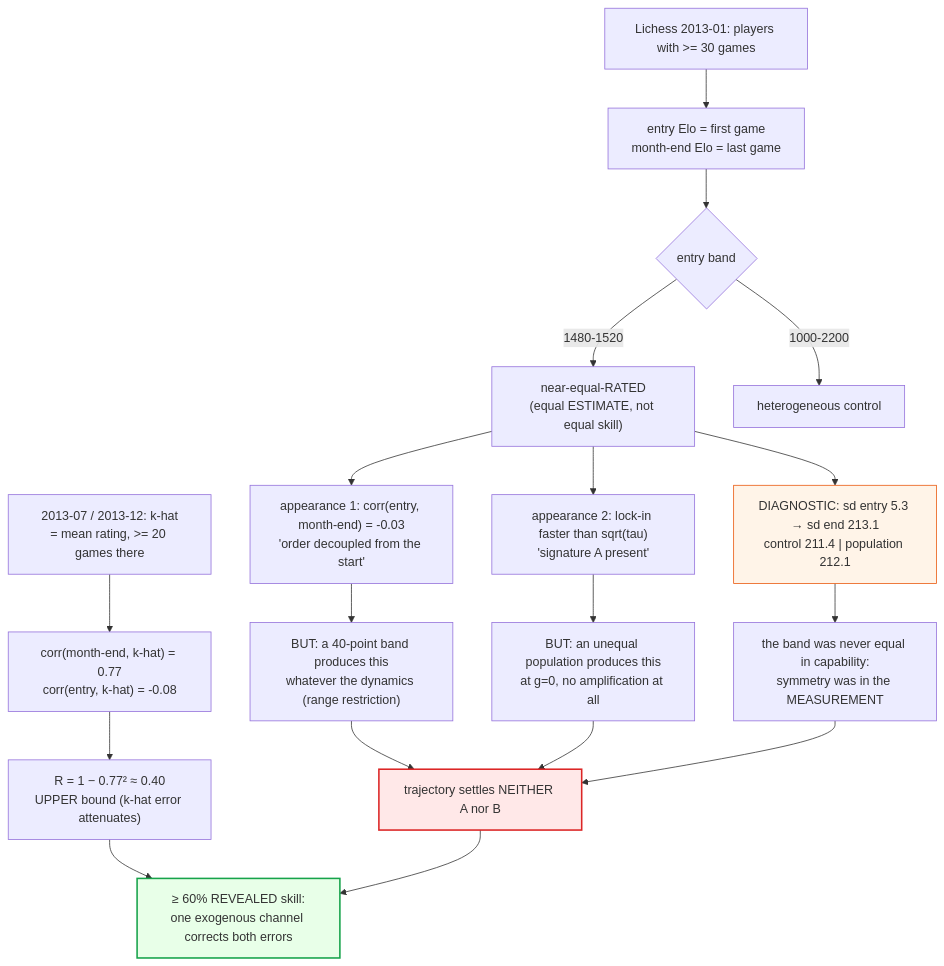
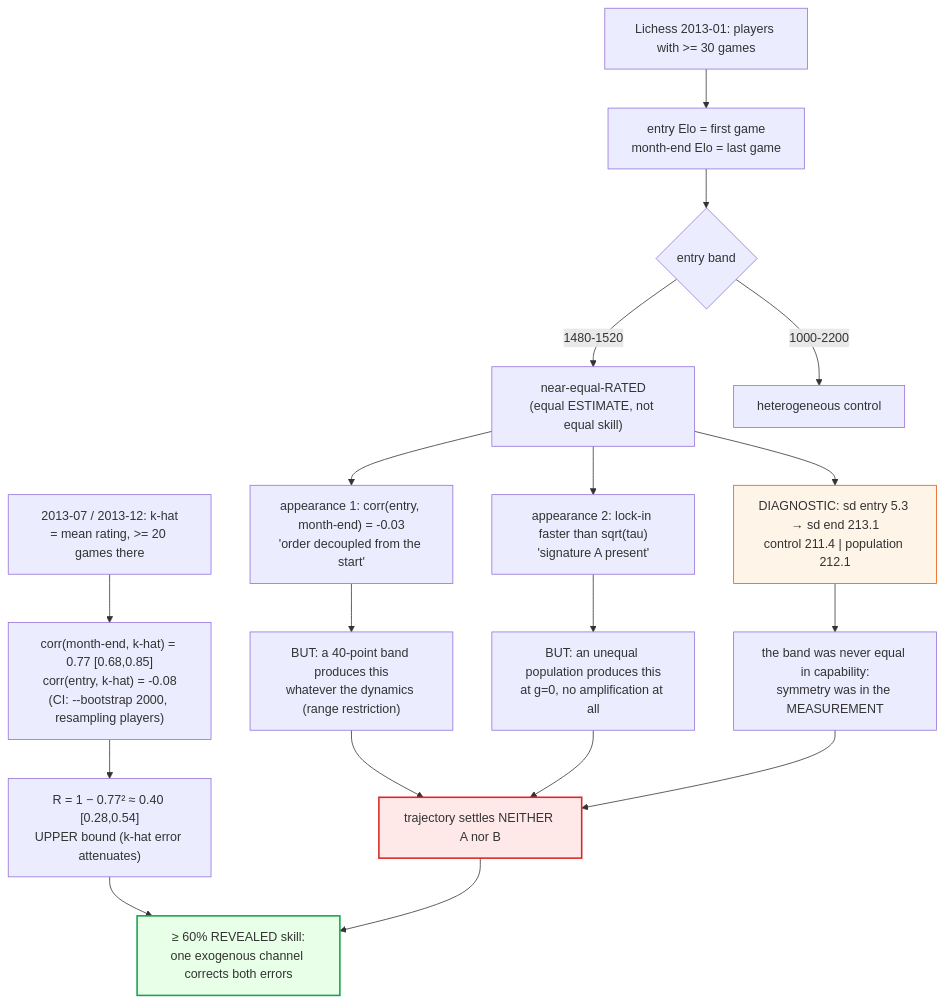
Diagram 19 of 20 in scripts/ALGORITHMS_DIAGRAMS.md (dkrse/symmetry-breaking-amplifier), drawn with Mermaid before and after one commit. The commit also changed other lines of this file and 5 other files, not shown here.

````diff
--- a/scripts/ALGORITHMS_DIAGRAMS.md
+++ b/scripts/ALGORITHMS_DIAGRAMS.md
@@ -295,21 +296,21 @@
 ```mermaid
 flowchart TD
     A["Lichess 2013-01: players with >= 30 games"] --> B["entry Elo = first game<br/>month-end Elo = last game"]
     B --> C{"entry band"}
     C -->|"1480-1520"| D["near-equal-RATED<br/>(equal ESTIMATE, not equal skill)"]
     C -->|"1000-2200"| E["heterogeneous control"]
     D --> F["appearance 1: corr(entry, month-end) = -0.03<br/>'order decoupled from the start'"]
     D --> G["appearance 2: lock-in faster than sqrt(tau)<br/>'signature A present'"]
     F --> H["BUT: a 40-point band produces this<br/>whatever the dynamics (range restriction)"]
     G --> I["BUT: an unequal population produces this<br/>at g=0, no amplification at all"]
     D --> J["DIAGNOSTIC: sd entry 5.3 → sd end 213.1<br/>control 211.4 | population 212.1"]
     J --> K["the band was never equal in capability:<br/>symmetry was in the MEASUREMENT"]
     H & I & K --> L["trajectory settles NEITHER A nor B"]
-    M["2013-07 / 2013-12: k-hat<br/>= mean rating, >= 20 games there"] --> N["corr(month-end, k-hat) = 0.77<br/>corr(entry, k-hat) = -0.08"]
-    N --> O["R = 1 − 0.77² ≈ 0.40<br/>UPPER bound (k-hat error attenuates)"]
+    M["2013-07 / 2013-12: k-hat<br/>= mean rating, >= 20 games there"] --> N["corr(month-end, k-hat) = 0.77 [0.68,0.85]<br/>corr(entry, k-hat) = -0.08<br/>(CI: --bootstrap 2000, resampling players)"]
+    N --> O["R = 1 − 0.77² ≈ 0.40 [0.28,0.54]<br/>UPPER bound (k-hat error attenuates)"]
     O --> P["≥ 60% REVEALED skill:<br/>one exogenous channel corrects both errors"]
     L --> P
     style L fill:#ffe8e8,stroke:#dc2626,stroke-width:2px
     style P fill:#e8ffe8,stroke:#16a34a,stroke-width:2px
     style J fill:#fff4e8,stroke:#ea580c
 ```
````
